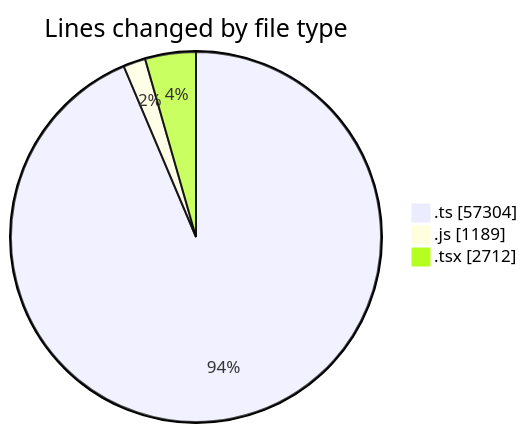
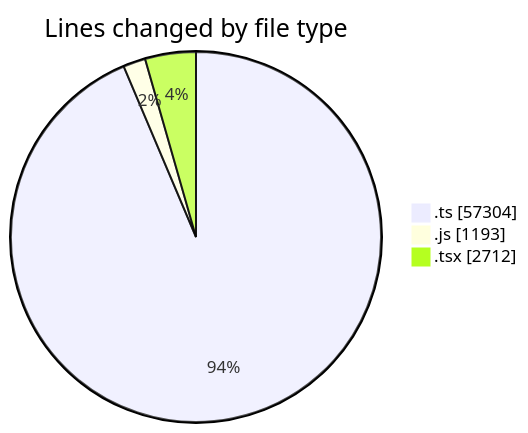
One commit to momahboobian/code-tracking changed the first of 2 diagrams in 2026-11-03/cda/README.md. Above: the diagram before and after it, drawn with Mermaid. The commit also changed other lines of this file and 1 other file, not shown here.

````diff
--- a/2026-11-03/cda/README.md
+++ b/2026-11-03/cda/README.md
@@ -51,7 +51,7 @@
 ```mermaid
 pie showData
 title Lines changed by file type
 ".ts" : 57304
-".js" : 1189
+".js" : 1193
 ".tsx" : 2712
 ```
````
